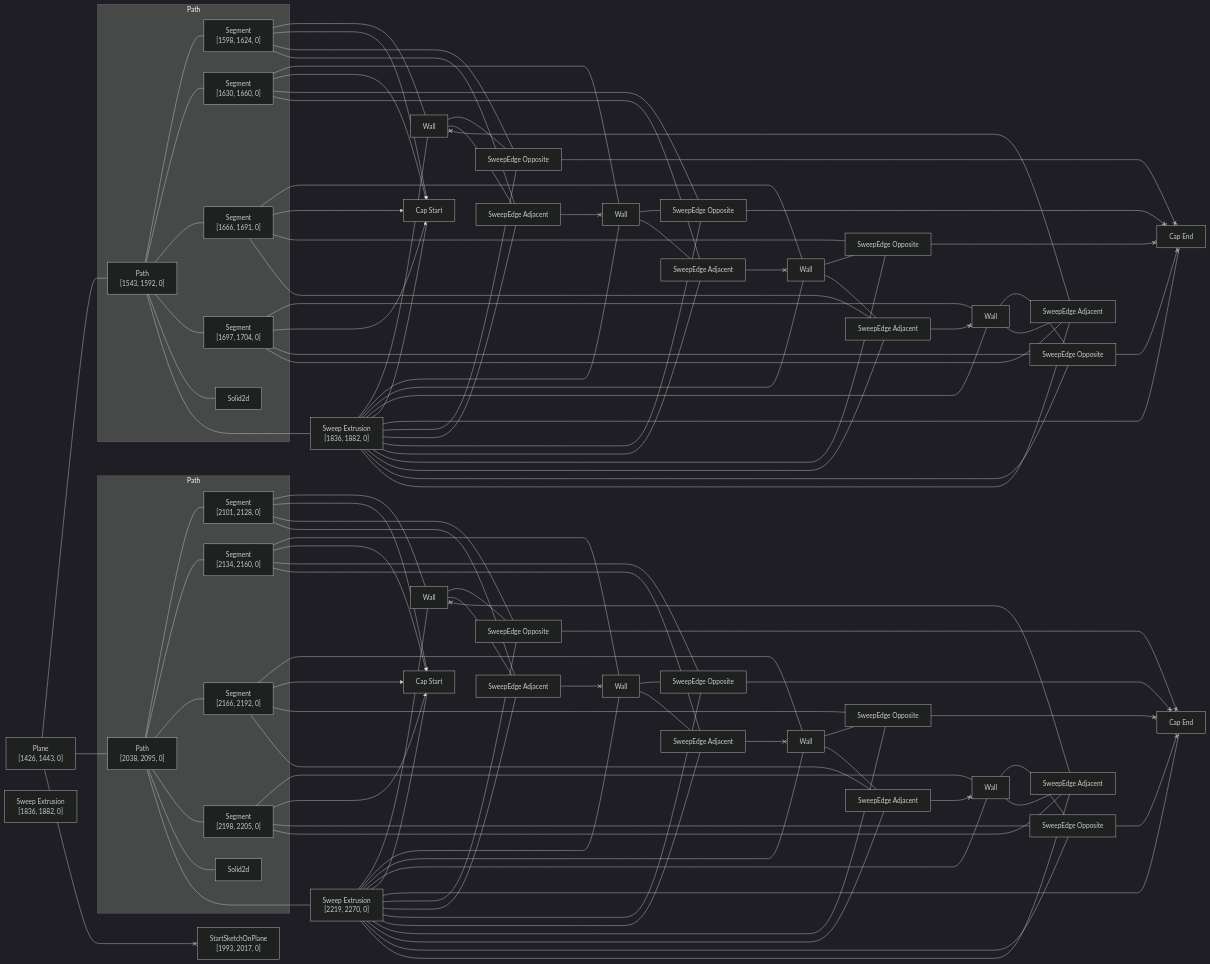
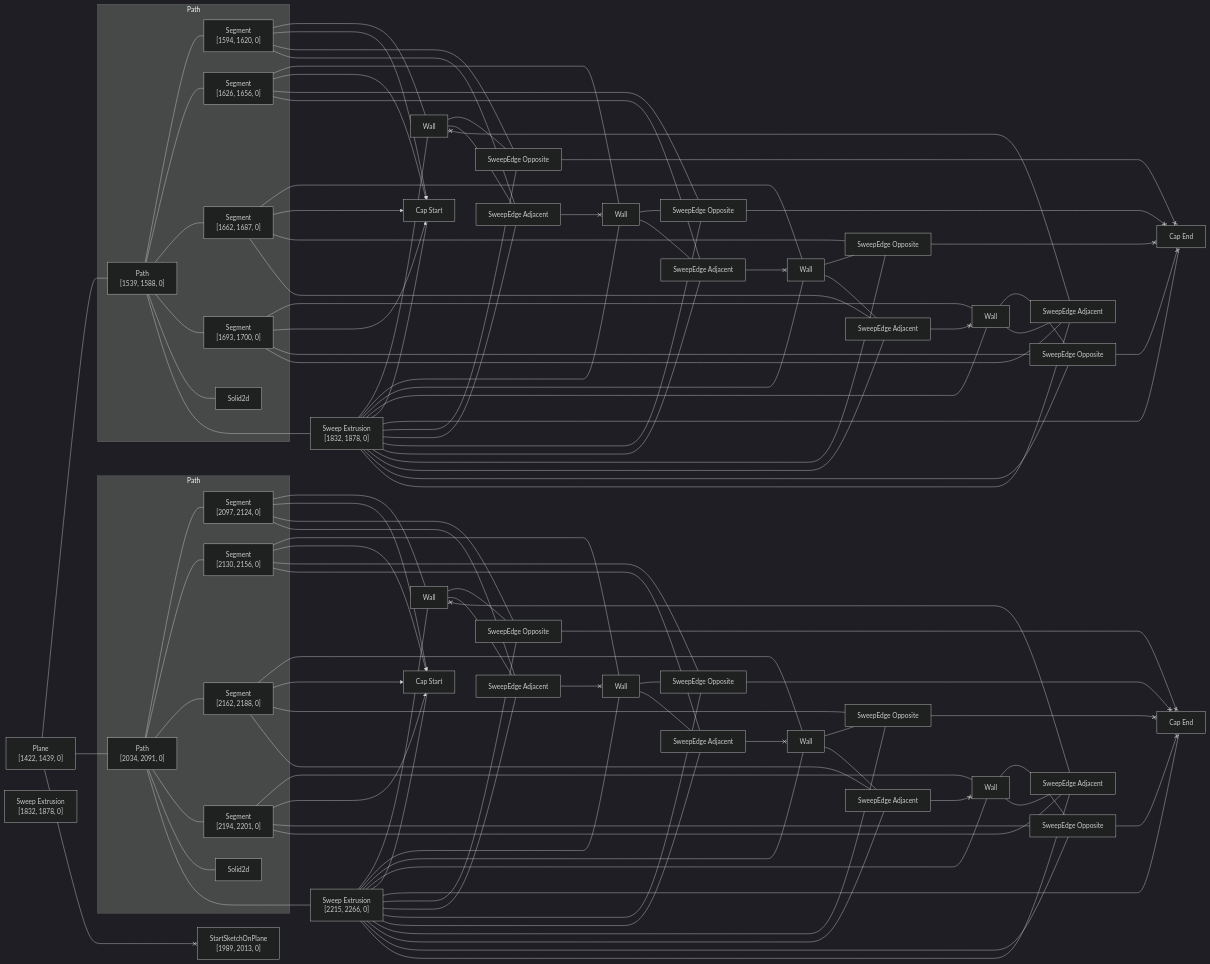
The diagram in rust/kcl-lib/tests/kcl_samples/modular-shelf-grid/artifact_graph_flowchart.snap.md (KittyCAD/modeling-app), drawn with Mermaid (dark theme) before and after one commit. The commit also changed 39 other files, not shown here.

````diff
--- a/rust/kcl-lib/tests/kcl_samples/modular-shelf-grid/artifact_graph_flowchart.snap.md
+++ b/rust/kcl-lib/tests/kcl_samples/modular-shelf-grid/artifact_graph_flowchart.snap.md
@@ -1,34 +1,34 @@
 ```mermaid
 flowchart LR
   subgraph path2 [Path]
-    2["Path<br>[1543, 1592, 0]"]
+    2["Path<br>[1539, 1588, 0]"]
       %% [ProgramBodyItem { index: 12 }, VariableDeclarationDeclaration, VariableDeclarationInit, PipeBodyItem { index: 0 }]
-    3["Segment<br>[1598, 1624, 0]"]
+    3["Segment<br>[1594, 1620, 0]"]
       %% [ProgramBodyItem { index: 12 }, VariableDeclarationDeclaration, VariableDeclarationInit, PipeBodyItem { index: 1 }]
-    4["Segment<br>[1630, 1660, 0]"]
+    4["Segment<br>[1626, 1656, 0]"]
       %% [ProgramBodyItem { index: 12 }, VariableDeclarationDeclaration, VariableDeclarationInit, PipeBodyItem { index: 2 }]
-    5["Segment<br>[1666, 1691, 0]"]
+    5["Segment<br>[1662, 1687, 0]"]
       %% [ProgramBodyItem { index: 12 }, VariableDeclarationDeclaration, VariableDeclarationInit, PipeBodyItem { index: 3 }]
-    6["Segment<br>[1697, 1704, 0]"]
+    6["Segment<br>[1693, 1700, 0]"]
       %% [ProgramBodyItem { index: 12 }, VariableDeclarationDeclaration, VariableDeclarationInit, PipeBodyItem { index: 4 }]
     7[Solid2d]
   end
   subgraph path24 [Path]
-    24["Path<br>[2038, 2095, 0]"]
+    24["Path<br>[2034, 2091, 0]"]
       %% [ProgramBodyItem { index: 15 }, VariableDeclarationDeclaration, VariableDeclarationInit, PipeBodyItem { index: 0 }]
-    25["Segment<br>[2101, 2128, 0]"]
+    25["Segment<br>[2097, 2124, 0]"]
       %% [ProgramBodyItem { index: 15 }, VariableDeclarationDeclaration, VariableDeclarationInit, PipeBodyItem { index: 1 }]
-    26["Segment<br>[2134, 2160, 0]"]
+    26["Segment<br>[2130, 2156, 0]"]
       %% [ProgramBodyItem { index: 15 }, VariableDeclarationDeclaration, VariableDeclarationInit, PipeBodyItem { index: 2 }]
-    27["Segment<br>[2166, 2192, 0]"]
+    27["Segment<br>[2162, 2188, 0]"]
       %% [ProgramBodyItem { index: 15 }, VariableDeclarationDeclaration, VariableDeclarationInit, PipeBodyItem { index: 3 }]
-    28["Segment<br>[2198, 2205, 0]"]
+    28["Segment<br>[2194, 2201, 0]"]
       %% [ProgramBodyItem { index: 15 }, VariableDeclarationDeclaration, VariableDeclarationInit, PipeBodyItem { index: 4 }]
     29[Solid2d]
   end
-  1["Plane<br>[1426, 1443, 0]"]
+  1["Plane<br>[1422, 1439, 0]"]
     %% [ProgramBodyItem { index: 11 }, VariableDeclarationDeclaration, VariableDeclarationInit]
-  8["Sweep Extrusion<br>[1836, 1882, 0]"]
+  8["Sweep Extrusion<br>[1832, 1878, 0]"]
     %% [ProgramBodyItem { index: 13 }, VariableDeclarationDeclaration, VariableDeclarationInit]
   9[Wall]
     %% face_code_ref=Missing NodePath
@@ -50,9 +50,9 @@
   20["SweepEdge Adjacent"]
   21["SweepEdge Opposite"]
   22["SweepEdge Adjacent"]
-  23["Sweep Extrusion<br>[1836, 1882, 0]"]
+  23["Sweep Extrusion<br>[1832, 1878, 0]"]
     %% [ProgramBodyItem { index: 13 }, VariableDeclarationDeclaration, VariableDeclarationInit]
-  30["Sweep Extrusion<br>[2219, 2270, 0]"]
+  30["Sweep Extrusion<br>[2215, 2266, 0]"]
     %% [ProgramBodyItem { index: 16 }, VariableDeclarationDeclaration, VariableDeclarationInit]
   31[Wall]
     %% face_code_ref=Missing NodePath
@@ -74,7 +74,7 @@
   42["SweepEdge Adjacent"]
   43["SweepEdge Opposite"]
   44["SweepEdge Adjacent"]
-  45["StartSketchOnPlane<br>[1993, 2017, 0]"]
+  45["StartSketchOnPlane<br>[1989, 2013, 0]"]
     %% [ProgramBodyItem { index: 14 }, VariableDeclarationDeclaration, VariableDeclarationInit]
   1 --- 2
   1 --- 24
````
